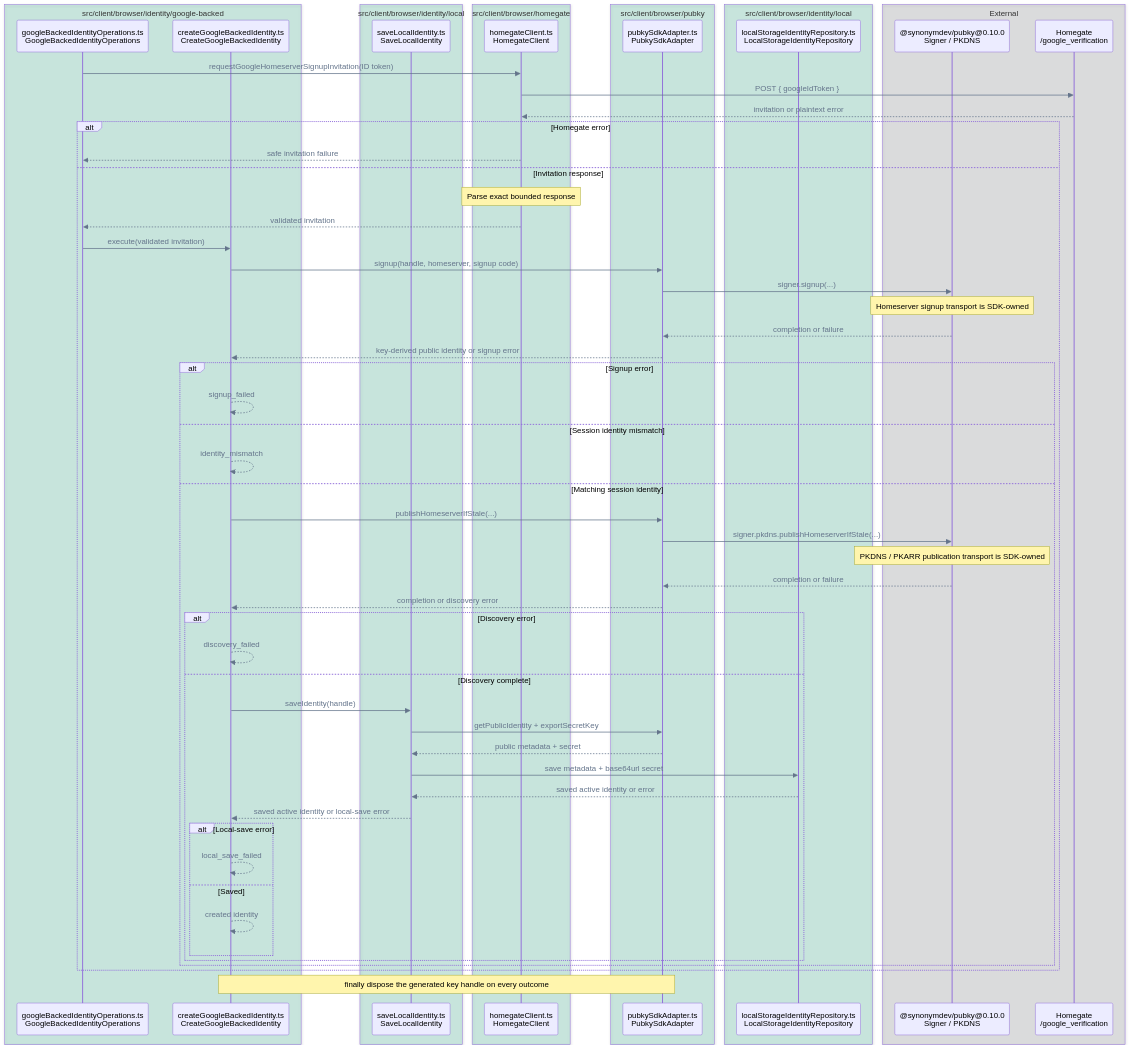
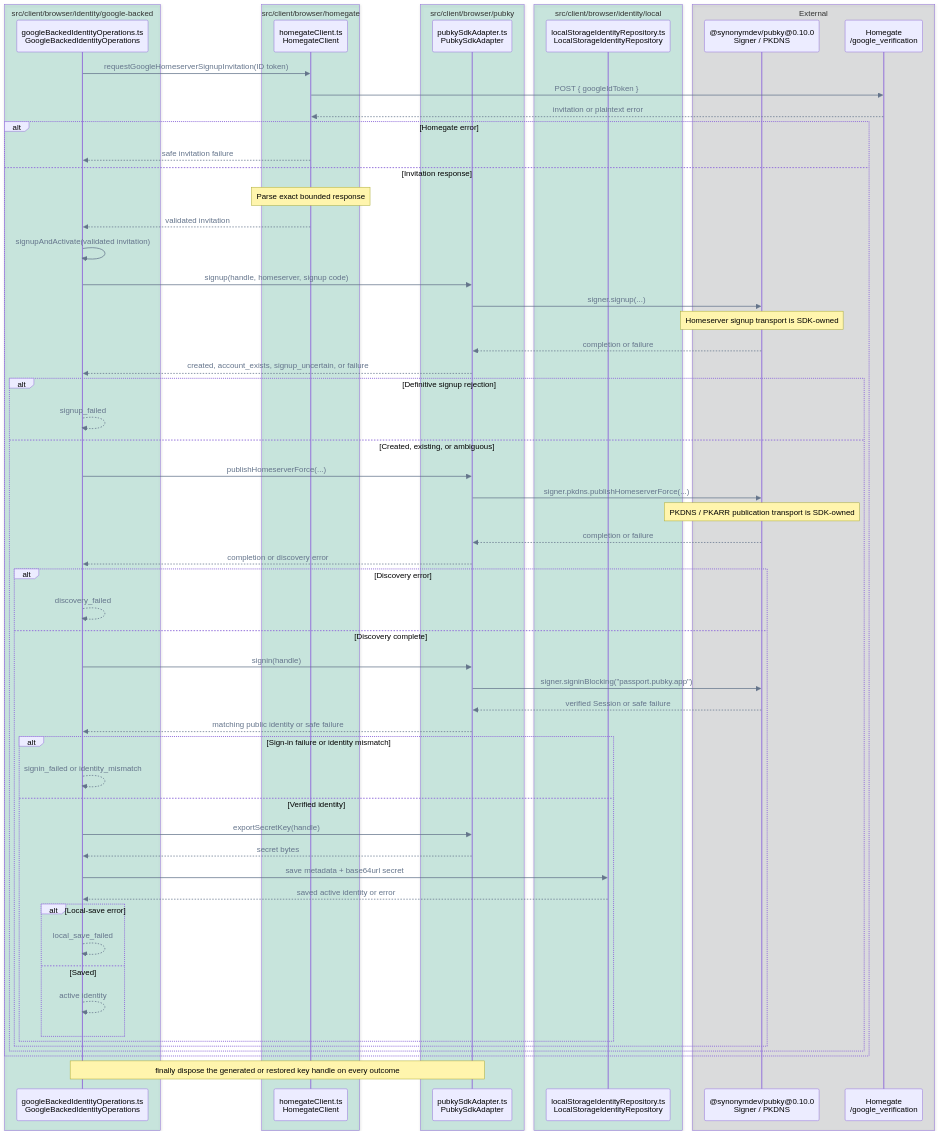
One commit to pubky/pubky-passport changed diagram 11 of 14 in FLOWS.md. Above: the diagram before and after it, drawn with Mermaid. The commit also changed other lines of this file and 49 other files, not shown here.

Commit message:
refactor: simplify google backed identity flow and operations

````diff
--- a/FLOWS.md
+++ b/FLOWS.md
@@ -546,69 +537,69 @@
 ```mermaid
 %%{init: {"themeVariables": {"signalColor": "#64748B", "signalTextColor": "#64748B"}}}%%
 sequenceDiagram
     accTitle: Missing identity activation and local save call flow
-    accDescr: GoogleBackedIdentityOperations requests a homeserver signup invitation, then CreateGoogleBackedIdentity signs up, verifies, publishes discovery, and saves in order; each failure stops later stages and the generated key handle is always disposed.
+    accDescr: GoogleBackedIdentityOperations requests a homeserver signup invitation, then uses its shared signup-and-activation method for both fresh creation and interrupted setup recovery.
     box rgba(0, 158, 115, 0.18) src/client/browser/identity/google-backed
         participant Operations as googleBackedIdentityOperations.ts<br/>GoogleBackedIdentityOperations
-        participant Creator as createGoogleBackedIdentity.ts<br/>CreateGoogleBackedIdentity
-    end
-    box rgba(0, 158, 115, 0.18) src/client/browser/identity/local
-        participant Local as saveLocalIdentity.ts<br/>SaveLocalIdentity
     end
     box rgba(0, 158, 115, 0.18) src/client/browser/homegate
         participant Invite as homegateClient.ts<br/>HomegateClient
     end
     box rgba(0, 158, 115, 0.18) src/client/browser/pubky
         participant Pubky as pubkySdkAdapter.ts<br/>PubkySdkAdapter
     end
     box rgba(0, 158, 115, 0.18) src/client/browser/identity/local
         participant Repo as localStorageIdentityRepository.ts<br/>LocalStorageIdentityRepository
     end
     box rgba(17, 24, 39, 0.12) External
         participant SDK as @synonymdev/pubky@0.10.0<br/>Signer / PKDNS
         participant Homegate as Homegate<br/>/google_verification
     end
 
     Operations->>Invite: requestGoogleHomeserverSignupInvitation(ID token)
     Invite->>Homegate: POST { googleIdToken }
     Homegate-->>Invite: invitation or plaintext error
     alt Homegate error
         Invite-->>Operations: safe invitation failure
     else Invitation response
         Note over Invite: Parse exact bounded response
         Invite-->>Operations: validated invitation
-        Operations->>Creator: execute(validated invitation)
-        Creator->>Pubky: signup(handle, homeserver, signup code)
+        Operations->>Operations: signupAndActivate(validated invitation)
+        Operations->>Pubky: signup(handle, homeserver, signup code)
         Pubky->>SDK: signer.signup(...)
         Note over SDK: Homeserver signup transport is SDK-owned
         SDK-->>Pubky: completion or failure
-        Pubky-->>Creator: key-derived public identity or signup error
-        alt Signup error
-            Creator-->>Creator: signup_failed
-        else Session identity mismatch
-            Creator-->>Creator: identity_mismatch
-        else Matching session identity
-            Creator->>Pubky: publishHomeserverIfStale(...)
-            Pubky->>SDK: signer.pkdns.publishHomeserverIfStale(...)
+        Pubky-->>Operations: created, account_exists, signup_uncertain, or failure
+        alt Definitive signup rejection
+            Operations-->>Operations: signup_failed
+        else Created, existing, or ambiguous
+            Operations->>Pubky: publishHomeserverForce(...)
+            Pubky->>SDK: signer.pkdns.publishHomeserverForce(...)
             Note over SDK: PKDNS / PKARR publication transport is SDK-owned
             SDK-->>Pubky: completion or failure
-            Pubky-->>Creator: completion or discovery error
+            Pubky-->>Operations: completion or discovery error
             alt Discovery error
-                Creator-->>Creator: discovery_failed
+                Operations-->>Operations: discovery_failed
             else Discovery complete
-                Creator->>Local: saveIdentity(handle)
-                Local->>Pubky: getPublicIdentity + exportSecretKey
-                Pubky-->>Local: public metadata + secret
-                Local->>Repo: save metadata + base64url secret
-                Repo-->>Local: saved active identity or error
-                Local-->>Creator: saved active identity or local-save error
-                alt Local-save error
-                    Creator-->>Creator: local_save_failed
-                else Saved
-                    Creator-->>Creator: created identity
+                Operations->>Pubky: signin(handle)
+                Pubky->>SDK: signer.signinBlocking("passport.pubky.app")
+                SDK-->>Pubky: verified Session or safe failure
+                Pubky-->>Operations: matching public identity or safe failure
+                alt Sign-in failure or identity mismatch
+                    Operations-->>Operations: signin_failed or identity_mismatch
+                else Verified identity
+                    Operations->>Pubky: exportSecretKey(handle)
+                    Pubky-->>Operations: secret bytes
+                    Operations->>Repo: save metadata + base64url secret
+                    Repo-->>Operations: saved active identity or error
+                    alt Local-save error
+                        Operations-->>Operations: local_save_failed
+                    else Saved
+                        Operations-->>Operations: active identity
+                    end
                 end
             end
         end
     end
-    Note over Creator,Pubky: finally dispose the generated key handle on every outcome
+    Note over Operations,Pubky: finally dispose the generated or restored key handle on every outcome
 ```
````
